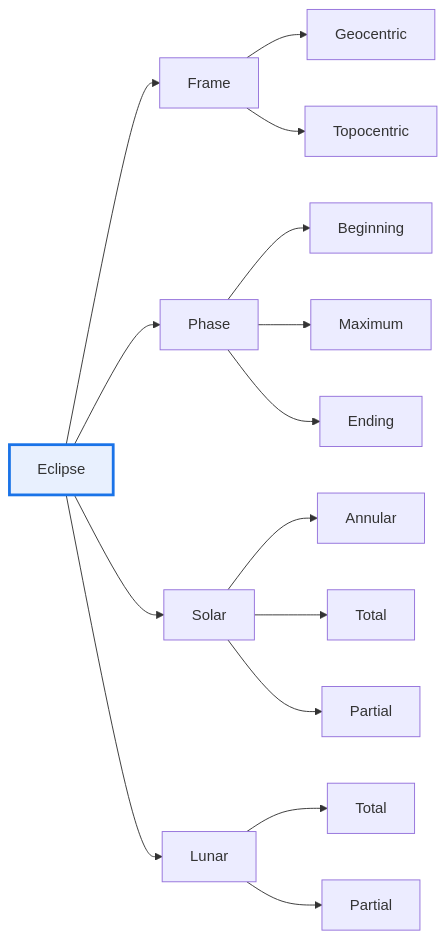
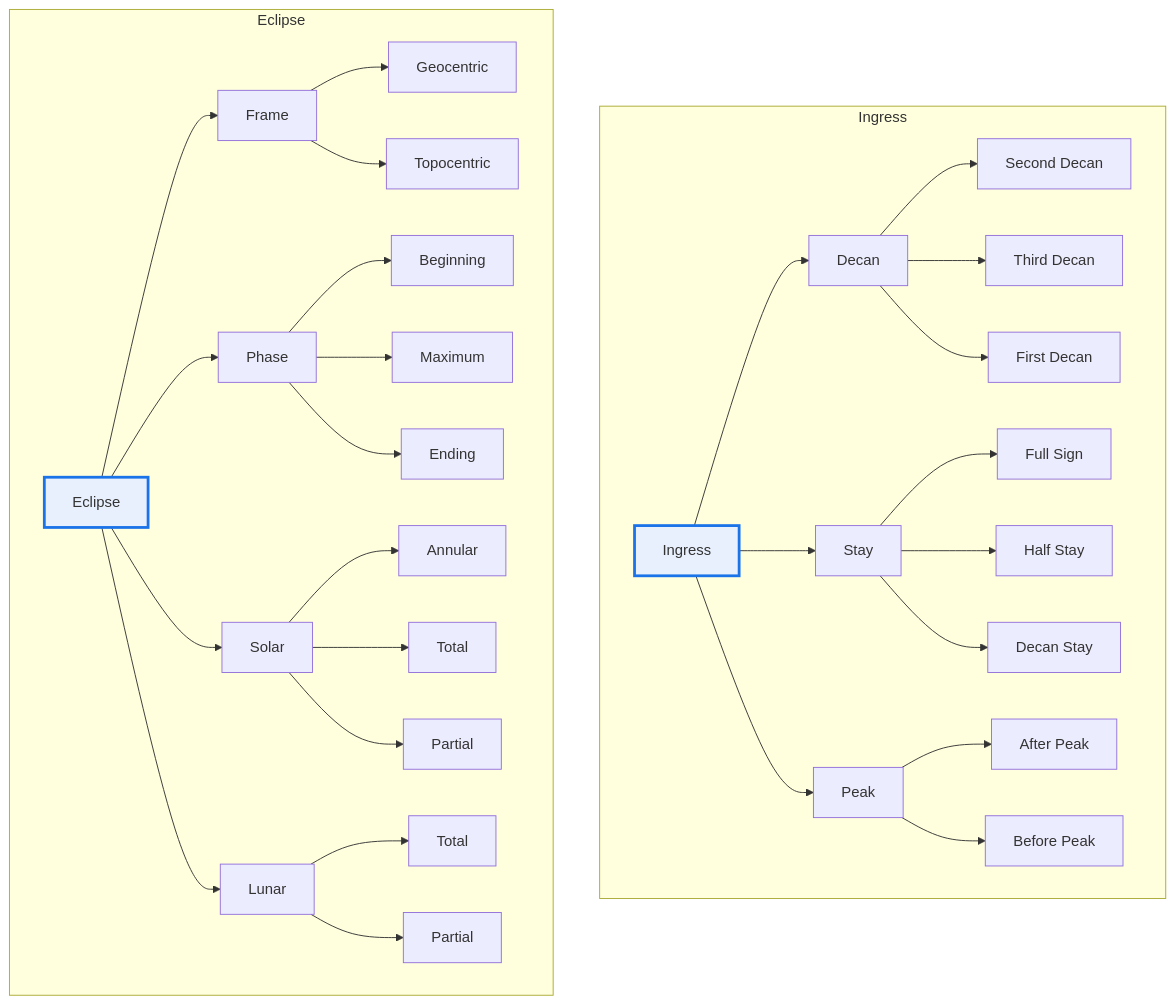
The eighth of 8 diagrams in projects/caelundas/caelundas-db/documentation/tag-graph-data.md (organizzolini/codebase), drawn with Mermaid before and after one commit. The commit also changed other lines of this file and 57 other files, not shown here.

Commit message:
feat(caelundas,configuration): ✨ nest signs under Zodiac, add the Ingress root and nest expanded calendar groups

````diff
--- a/projects/caelundas/caelundas-db/documentation/tag-graph-data.md
+++ b/projects/caelundas/caelundas-db/documentation/tag-graph-data.md
@@ -164,10 +161,21 @@
 ```mermaid
 flowchart LR
     classDef root fill:#e8f0fe,stroke:#1a73e8,stroke-width:3px
-    n48["Eclipse"] --> n49["Frame"] & n50["Phase"] & n51["Solar"] & n52["Lunar"]
-    n49 --> n198["Geocentric"] & n199["Topocentric"]
-    n50 --> n200["Beginning"] & n201["Maximum"] & n202["Ending"]
-    n51 --> n203["Annular"] & n204["Total"] & n205["Partial"]
-    n52 --> n206["Total"] & n207["Partial"]
-    class n48 root
+    subgraph nb8["Eclipse"]
+        direction LR
+        n42["Eclipse"] --> n43["Frame"] & n44["Phase"] & n45["Solar"] & n46["Lunar"]
+        n43 --> n185["Geocentric"] & n186["Topocentric"]
+        n44 --> n187["Beginning"] & n188["Maximum"] & n189["Ending"]
+        n45 --> n190["Annular"] & n191["Total"] & n192["Partial"]
+        n46 --> n193["Total"] & n194["Partial"]
+    end
+    subgraph nb9["Ingress"]
+        direction LR
+        n125["Decan"] --> n126["Second Decan"] & n127["Third Decan"] & n128["First Decan"]
+        n143["Stay"] --> n144["Full Sign"] & n145["Half Stay"] & n146["Decan Stay"]
+        n280["Peak"] --> n281["After Peak"] & n282["Before Peak"]
+        n320["Ingress"] --> n125 & n143 & n280
+    end
+    nb8 ~~~ nb9
+    class n42,n320 root
 ```
````
